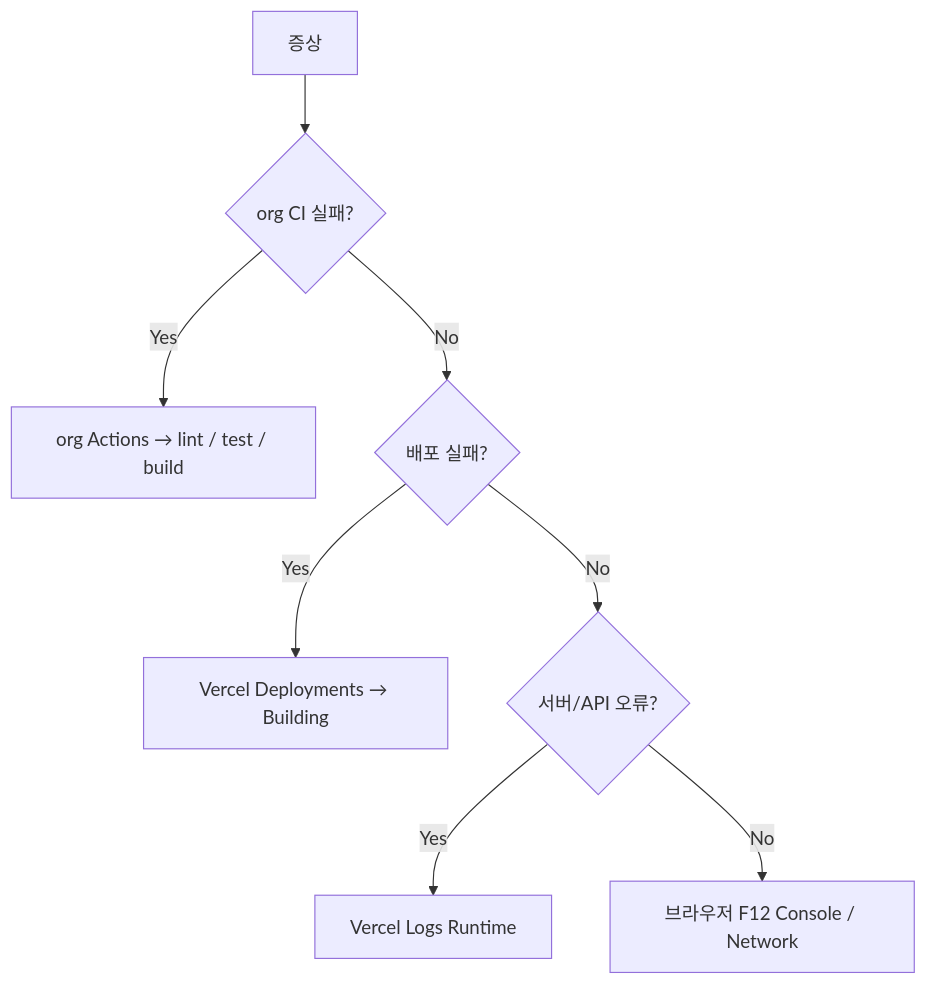
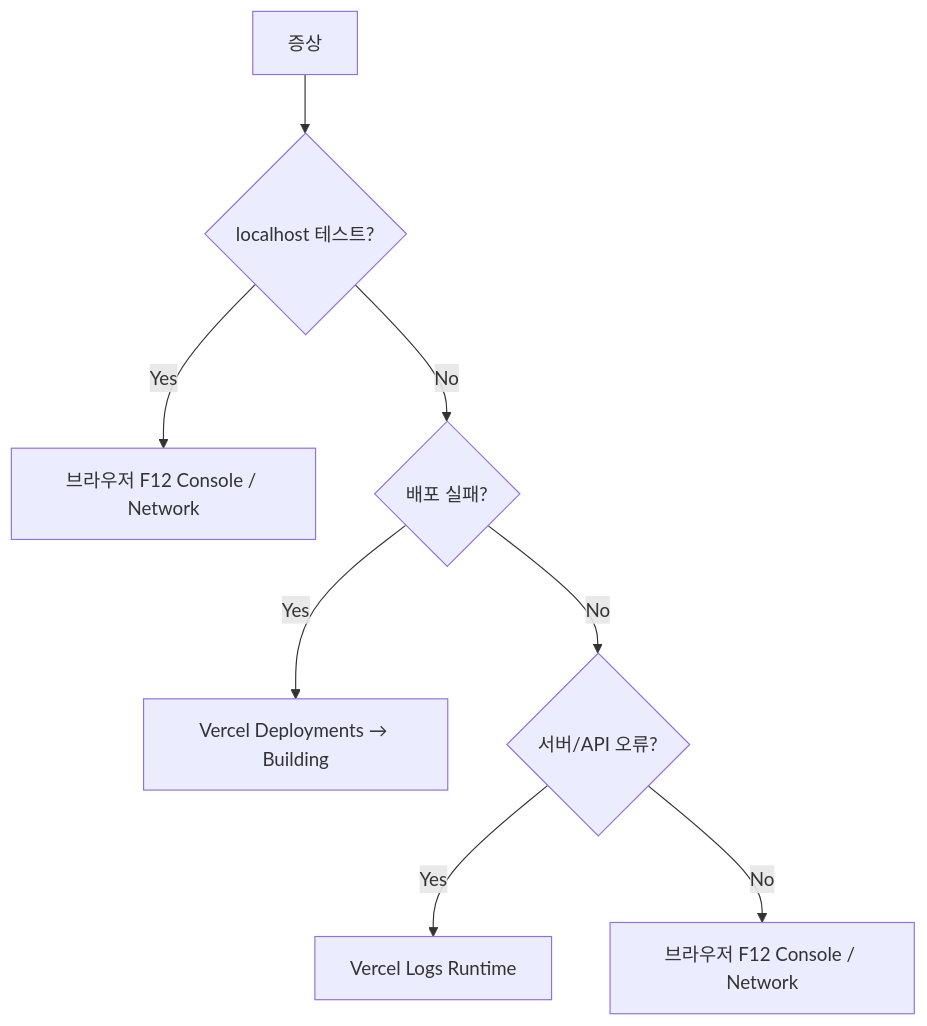
One commit to SpartaValueHub/ValueHub-FE changed the sixth of 6 diagrams in docs/vercel-deploy-team-notice.md. Above: the diagram before and after it, drawn with Mermaid. The commit also changed other lines of this file, not shown here.

Commit message:
docs: org는 develop 작업·테스트, fork/Vercel은 main만 sync

````diff
--- a/docs/vercel-deploy-team-notice.md
+++ b/docs/vercel-deploy-team-notice.md
@@ -309,10 +316,10 @@
 ```mermaid
 flowchart TD
-  A[증상] --> B{org CI 실패?}
-  B -->|Yes| C[org Actions → lint / test / build]
+  A[증상] --> B{localhost 테스트?}
+  B -->|Yes| C[브라우저 F12 Console / Network]
   B -->|No| D{배포 실패?}
   D -->|Yes| E[Vercel Deployments → Building]
   D -->|No| F{서버/API 오류?}
   F -->|Yes| G[Vercel Logs Runtime]
   F -->|No| H[브라우저 F12 Console / Network]
 ```
````
